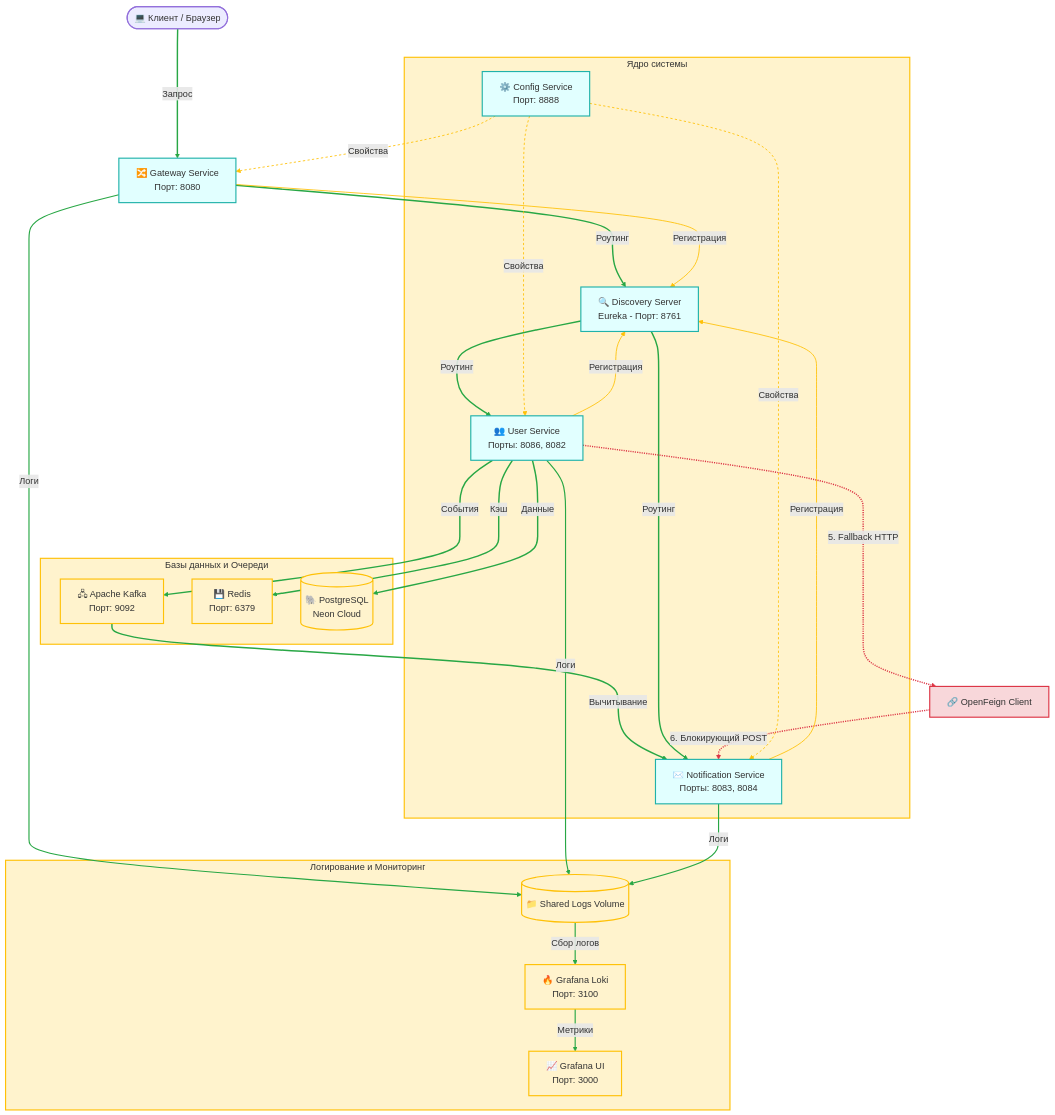
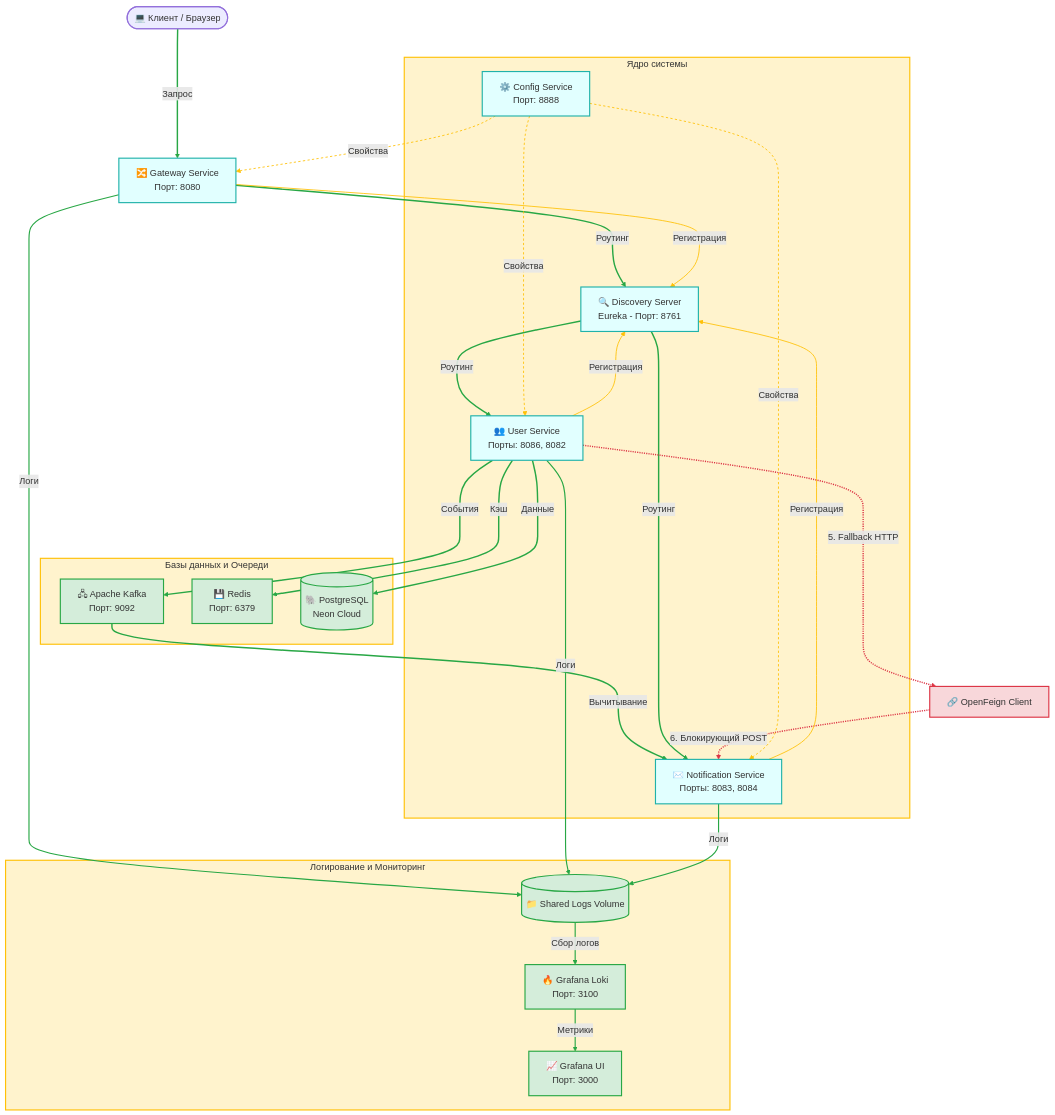
Before and after one commit to maxitool/user-service: the first of 3 diagrams in README.md, drawn with Mermaid. The commit also changed other lines of this file, not shown here.

````diff
--- a/README.md
+++ b/README.md
@@ -154,7 +154,7 @@
 
     class Client client;
     class Gateway,Config,Discovery,US,NS core;
-    class Kafka,Redis,DB,Volume,Loki,Grafana warn;
+    class Kafka,Redis,DB,Volume,Loki,Grafana success;
     class Feign fail;
 
     class Core,Infrastructure,Observability warn;
@@ -177,5 +177,4 @@
     
     %% Индексы 16-20: Сбор логов и вывод на мониторинг (Зеленый тонкий)
     linkStyle 16,17,18,19,20 stroke:#28a745,stroke-width:2px;
-
 ```
````
